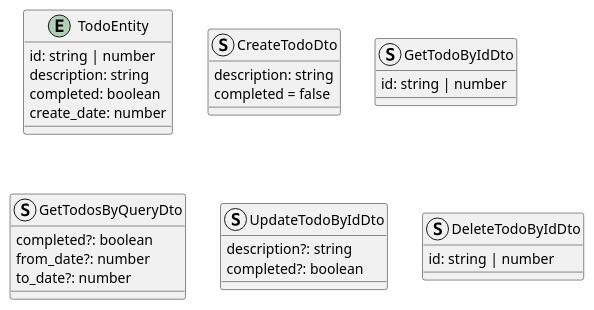
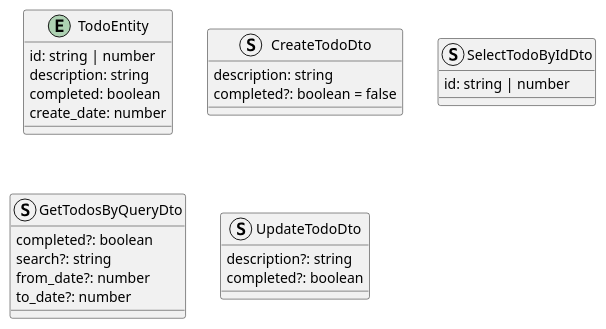
Before and after one commit to async-devil/todo-app-template: the diagram in docs/structs.puml, drawn with PlantUML. The commit also changed 1 other file, not shown here.

```diff
--- a/docs/structs.puml
+++ b/docs/structs.puml
@@ -1,34 +1,31 @@
 @startuml structs
 
 entity TodoEntity {
   id: string | number
   description: string
   completed: boolean
   create_date: number
 }
 
 struct CreateTodoDto {
   description: string
-  completed = false
+  completed?: boolean = false
 }
 
-struct GetTodoByIdDto {
+struct SelectTodoByIdDto {
   id: string | number
 }
 
 struct GetTodosByQueryDto {
   completed?: boolean
+  search?: string
   from_date?: number
   to_date?: number
 }
 
-struct UpdateTodoByIdDto {
+struct UpdateTodoDto {
   description?: string
   completed?: boolean
 }
 
-struct DeleteTodoByIdDto {
-  id: string | number
-}
-
 @enduml
```
